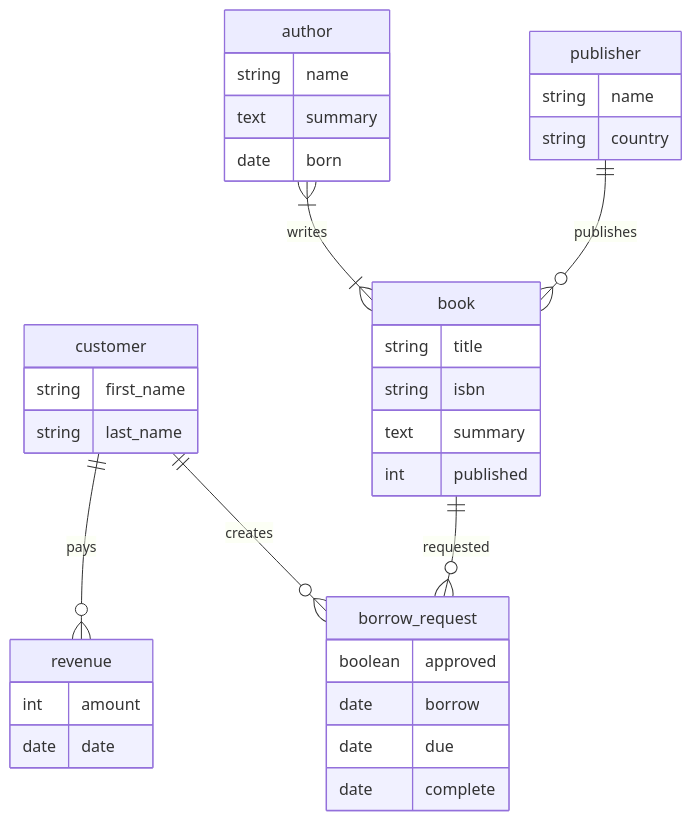
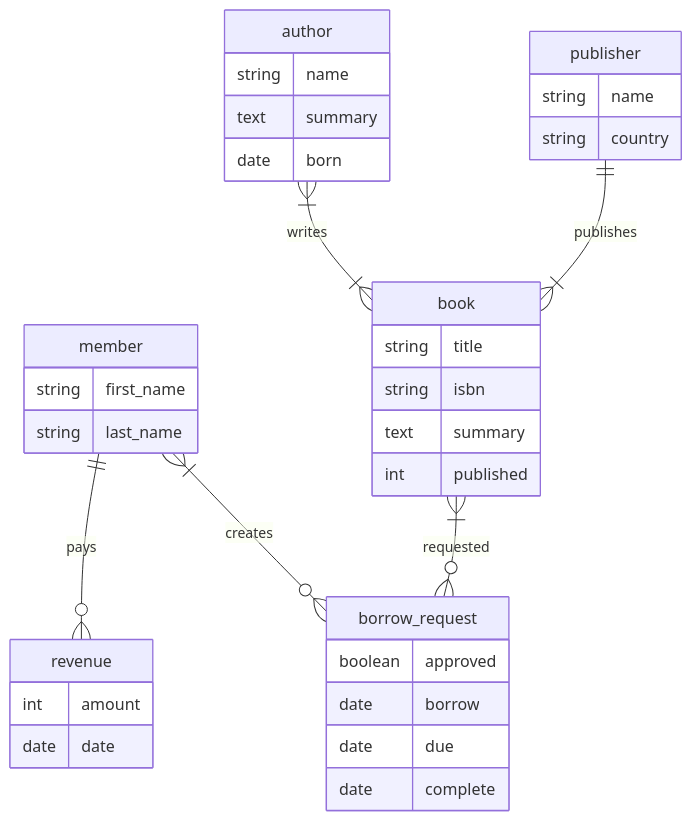
One commit to edu-python-course/libms-db changed the diagram in README.md. Above: the diagram before and after it, drawn with Mermaid. The commit also changed other lines of this file and 1 other file, not shown here.

Commit message:
Update documentation for DDL SQL code

````diff
--- a/README.md
+++ b/README.md
@@ -9,43 +7,43 @@
 ```mermaid
 erDiagram
     author {
         string name
         text summary
         date born
     }
 
     publisher {
         string name
         string country
     }
 
-    customer {
+    member {
         string first_name
         string last_name
     }
 
     revenue {
         int amount
         date date
     }
 
     book {
         string title
         string isbn
         text summary
         int published
     }
 
     borrow_request {
         boolean approved
         date borrow
         date due
         date complete
     }
 
-    customer ||--o{ revenue: pays
-    customer ||--o{ borrow_request: creates
-    book ||--o{ borrow_request: requested
+    member ||--o{ revenue: pays
+    member }|--o{ borrow_request: creates
+    book }|--o{ borrow_request: requested
     author }|--|{ book: writes
-    publisher ||--o{ book: publishes
+    publisher ||--|{ book: publishes
 ```
````
